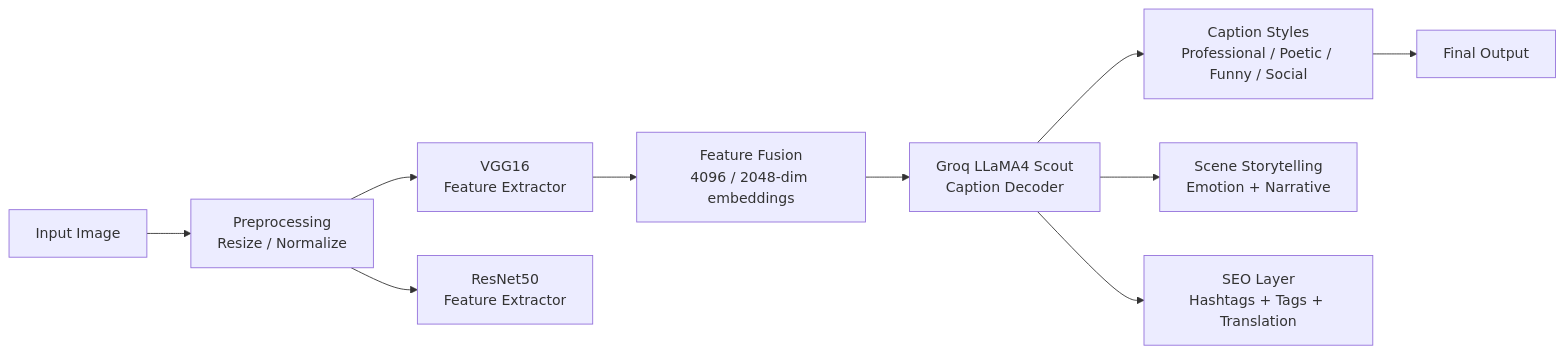
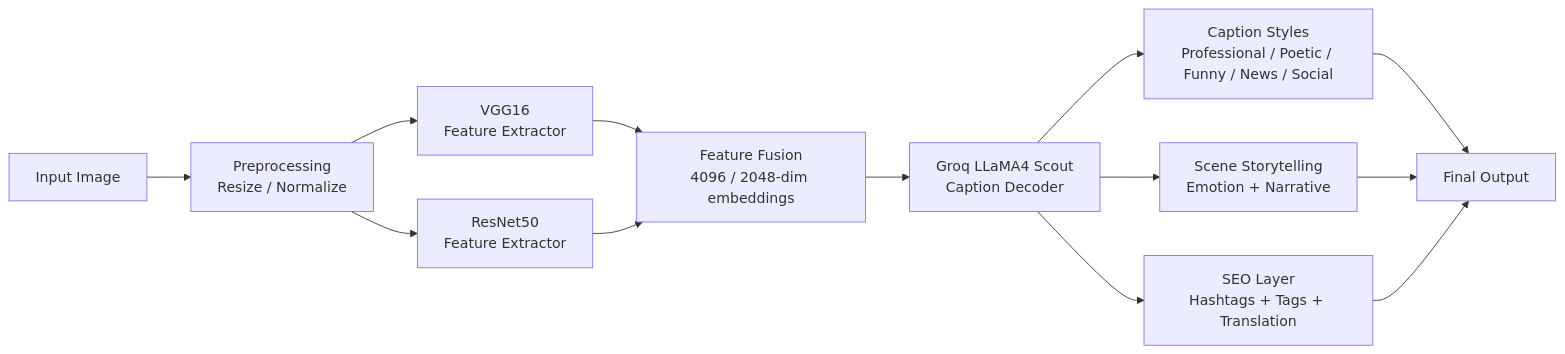
Before and after one commit to dharani25007-code/CODSOFT: the third of 5 diagrams in README.md, drawn with Mermaid. The commit also changed other lines of this file and 5 other files, not shown here.

````diff
--- a/README.md
+++ b/README.md
@@ -191,12 +196,15 @@
 ```mermaid
 flowchart LR
     A["Input Image"] --> B["Preprocessing<br>Resize / Normalize"]
     B --> C1["VGG16<br>Feature Extractor"]
     B --> C2["ResNet50<br>Feature Extractor"]
     C1 --> D["Feature Fusion<br>4096 / 2048-dim embeddings"]
+    C2 --> D
     D --> E["Groq LLaMA4 Scout<br>Caption Decoder"]
-    E --> F["Caption Styles<br>Professional / Poetic / Funny / Social"]
+    E --> F["Caption Styles<br>Professional / Poetic / Funny / News / Social"]
     E --> G["Scene Storytelling<br>Emotion + Narrative"]
     E --> H["SEO Layer<br>Hashtags + Tags + Translation"]
     F --> I["Final Output"]
+    G --> I
+    H --> I
 ```
````
